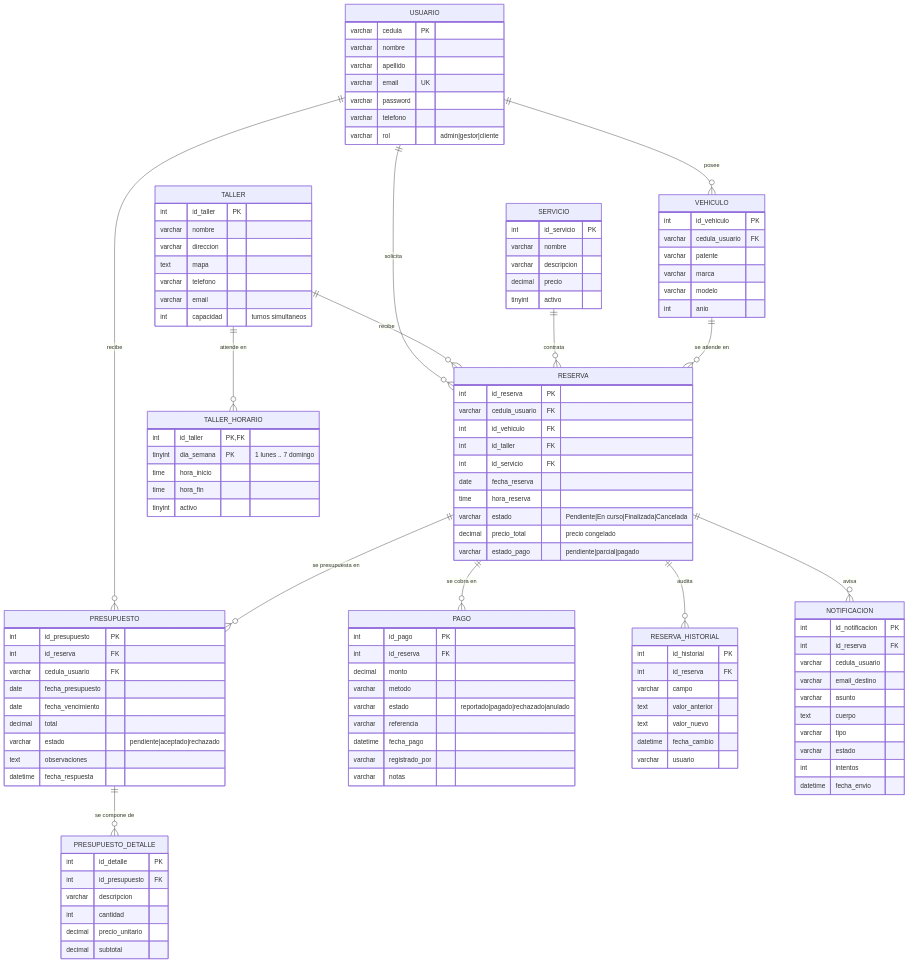
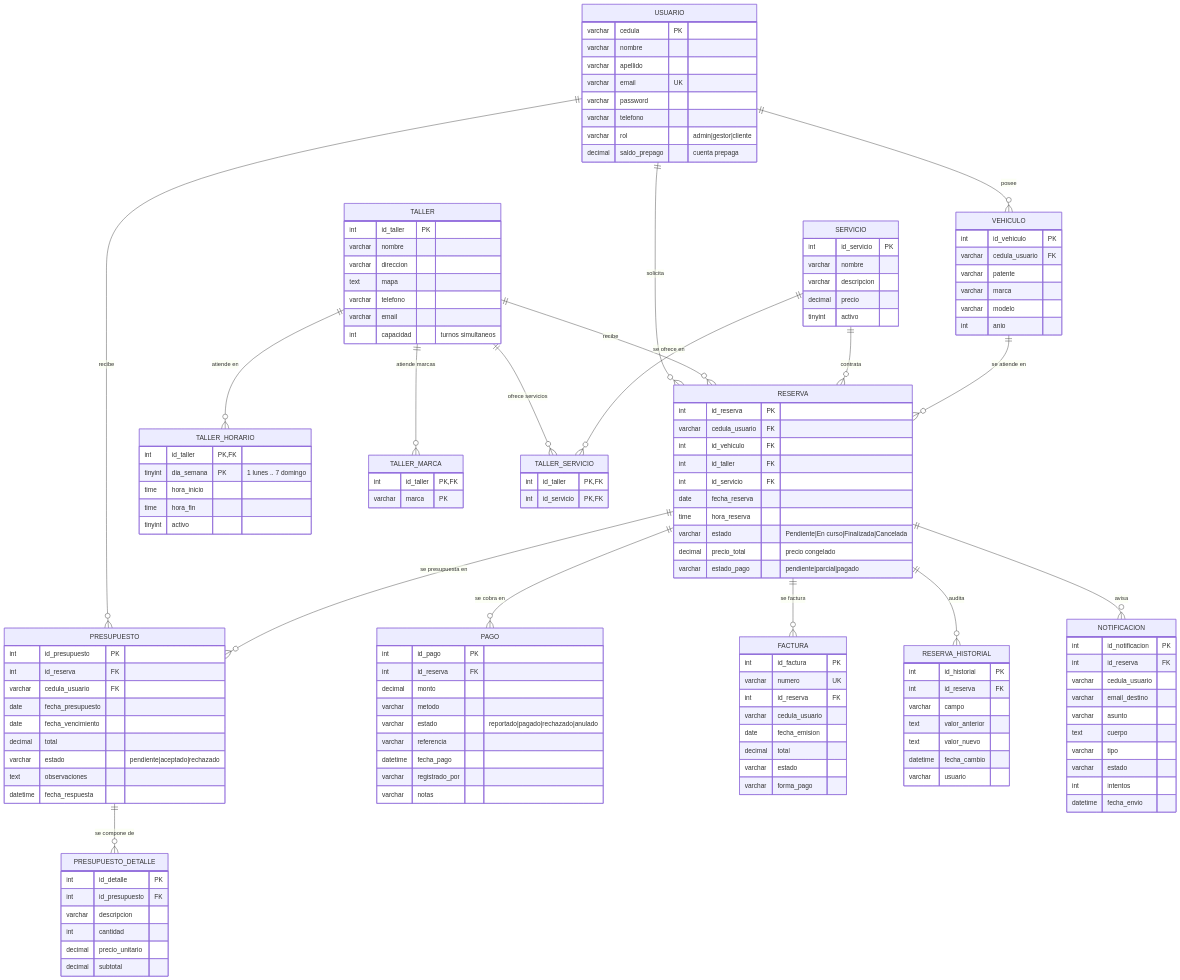
The first of 7 diagrams in docs/ENTREGABLES-TECNICOS.md (ttugol909674-cpu/index), drawn with Mermaid before and after one commit. The commit also changed other lines of this file and 2 other files, not shown here.

````diff
--- a/docs/ENTREGABLES-TECNICOS.md
+++ b/docs/ENTREGABLES-TECNICOS.md
@@ -15,10 +15,14 @@
     USUARIO ||--o{ RESERVA : "solicita"
     USUARIO ||--o{ PRESUPUESTO : "recibe"
     TALLER ||--o{ TALLER_HORARIO : "atiende en"
+    TALLER ||--o{ TALLER_MARCA : "atiende marcas"
+    TALLER ||--o{ TALLER_SERVICIO : "ofrece servicios"
     TALLER ||--o{ RESERVA : "recibe"
+    SERVICIO ||--o{ TALLER_SERVICIO : "se ofrece en"
     SERVICIO ||--o{ RESERVA : "contrata"
     VEHICULO ||--o{ RESERVA : "se atiende en"
     RESERVA ||--o{ PAGO : "se cobra en"
+    RESERVA ||--o{ FACTURA : "se factura"
     RESERVA ||--o{ PRESUPUESTO : "se presupuesta en"
     RESERVA ||--o{ RESERVA_HISTORIAL : "audita"
     RESERVA ||--o{ NOTIFICACION : "avisa"
@@ -32,6 +36,7 @@
         varchar password
         varchar telefono
         varchar rol "admin|gestor|cliente"
+        decimal saldo_prepago "cuenta prepaga"
     }
     VEHICULO {
         int id_vehiculo PK
@@ -127,4 +132,22 @@
         int intentos
         datetime fecha_envio
     }
+    FACTURA {
+        int id_factura PK
+        varchar numero UK
+        int id_reserva FK
+        varchar cedula_usuario
+        date fecha_emision
+        decimal total
+        varchar estado
+        varchar forma_pago
+    }
+    TALLER_MARCA {
+        int id_taller PK,FK
+        varchar marca PK
+    }
+    TALLER_SERVICIO {
+        int id_taller PK,FK
+        int id_servicio PK,FK
+    }
 ```
````
